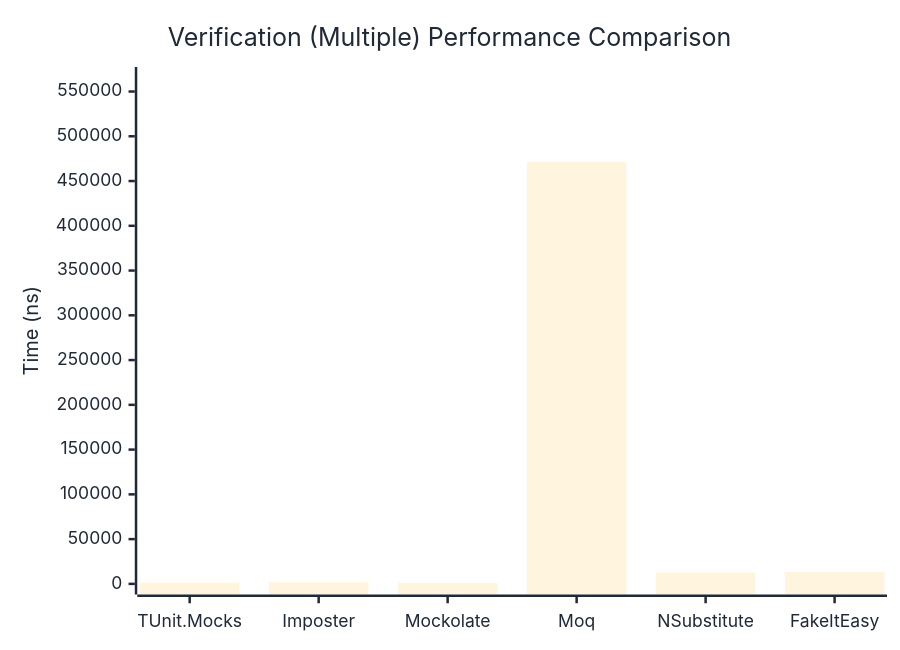
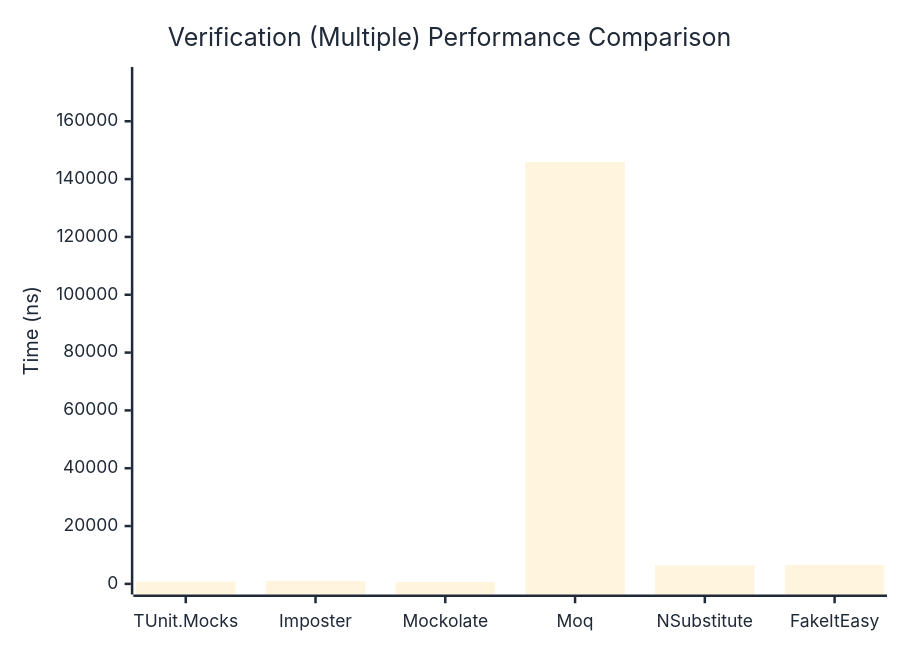
Before and after one commit to thomhurst/TUnit: the third of 3 diagrams in docs/docs/benchmarks/mocks/Verification.md, drawn with Mermaid. The commit also changed other lines of this file and 14 other files, not shown here.

````diff
--- a/docs/docs/benchmarks/mocks/Verification.md
+++ b/docs/docs/benchmarks/mocks/Verification.md
@@ -112,27 +112,27 @@
 ```mermaid
 %%{init: {
   'theme':'base',
   'themeVariables': {
     'primaryColor': '#2563eb',
     'primaryTextColor': '#1f2937',
     'primaryBorderColor': '#1e40af',
     'lineColor': '#6b7280',
     'secondaryColor': '#7c3aed',
     'tertiaryColor': '#dc2626',
     'background': '#ffffff',
     'pie1': '#2563eb',
     'pie2': '#7c3aed',
     'pie3': '#dc2626',
     'pie4': '#f59e0b',
     'pie5': '#10b981',
     'pie6': '#06b6d4',
     'pie7': '#ec4899',
     'pie8': '#6366f1'
   }
 }}%%
 xychart-beta
   title "Verification (Multiple) Performance Comparison"
   x-axis ["TUnit.Mocks", "Imposter", "Mockolate", "Moq", "NSubstitute", "FakeItEasy"]
-  y-axis "Time (ns)" 0 --> 565520
-  bar [1214.15, 1716.74, 1041.64, 471265.94, 12465.25, 13246.06]
+  y-axis "Time (ns)" 0 --> 175098
+  bar [754.7, 976.7, 637.5, 145914.45, 6421.25, 6540.16]
 ```
````
